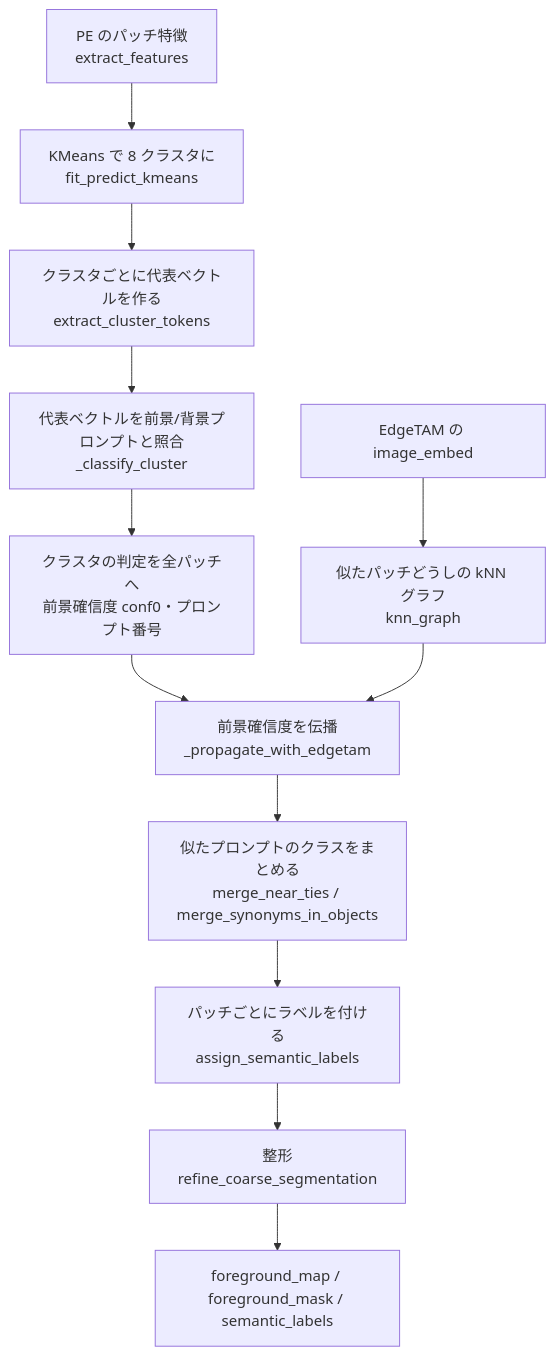
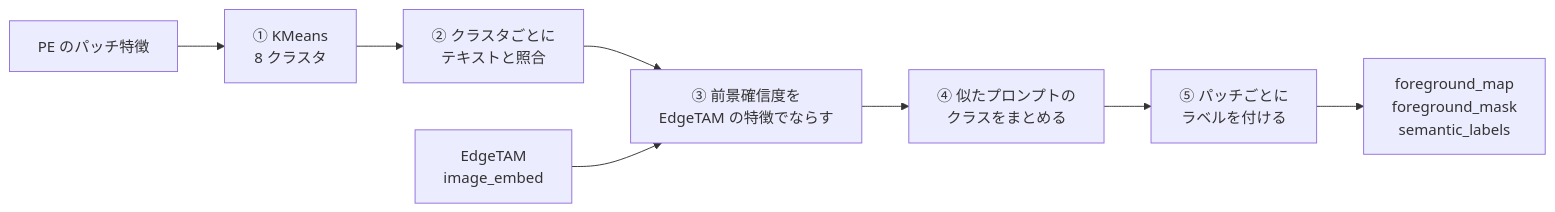
Before and after one commit to fklg-64/pe_anything_detect: the first of 3 diagrams in docs/coarse_segmentation.md, drawn with Mermaid. The commit also changed other lines of this file and 85 other files, not shown here.

````diff
--- a/docs/coarse_segmentation.md
+++ b/docs/coarse_segmentation.md
@@ -15,14 +13,10 @@
 ```mermaid
-flowchart TD
-    F["PE のパッチ特徴<br/>extract_features"] --> K["KMeans で 8 クラスタに<br/>fit_predict_kmeans"]
-    K --> T["クラスタごとに代表ベクトルを作る<br/>extract_cluster_tokens"]
-    T --> J["代表ベクトルを前景/背景プロンプトと照合<br/>_classify_cluster"]
-    J --> M["クラスタの判定を全パッチへ<br/>前景確信度 conf0・プロンプト番号"]
-    E["EdgeTAM の image_embed"] --> G["似たパッチどうしの kNN グラフ<br/>knn_graph"]
-    M --> P["前景確信度を伝播<br/>_propagate_with_edgetam"]
-    G --> P
-    P --> S["似たプロンプトのクラスをまとめる<br/>merge_near_ties / merge_synonyms_in_objects"]
-    S --> L["パッチごとにラベルを付ける<br/>assign_semantic_labels"]
-    L --> R["整形<br/>refine_coarse_segmentation"]
-    R --> O["foreground_map / foreground_mask / semantic_labels"]
+flowchart LR
+    PE["PE のパッチ特徴"] --> K["① KMeans<br/>8 クラスタ"]
+    K --> J["② クラスタごとに<br/>テキストと照合"]
+    J --> P["③ 前景確信度を<br/>EdgeTAM の特徴でならす"]
+    ET["EdgeTAM<br/>image_embed"] --> P
+    P --> M["④ 似たプロンプトの<br/>クラスをまとめる"]
+    M --> L["⑤ パッチごとに<br/>ラベルを付ける"]
+    L --> OUT["foreground_map<br/>foreground_mask<br/>semantic_labels"]
 ```
````
